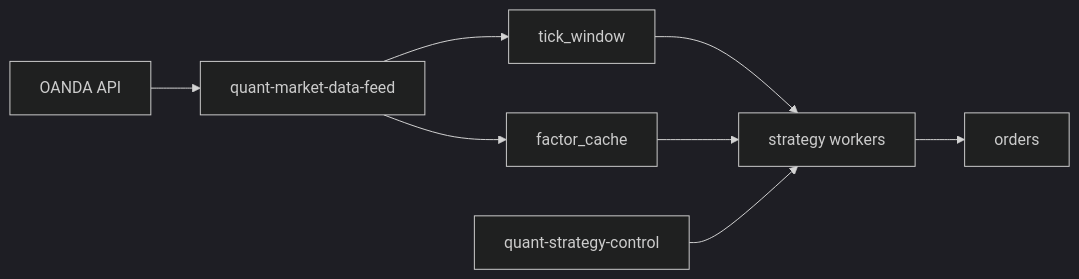
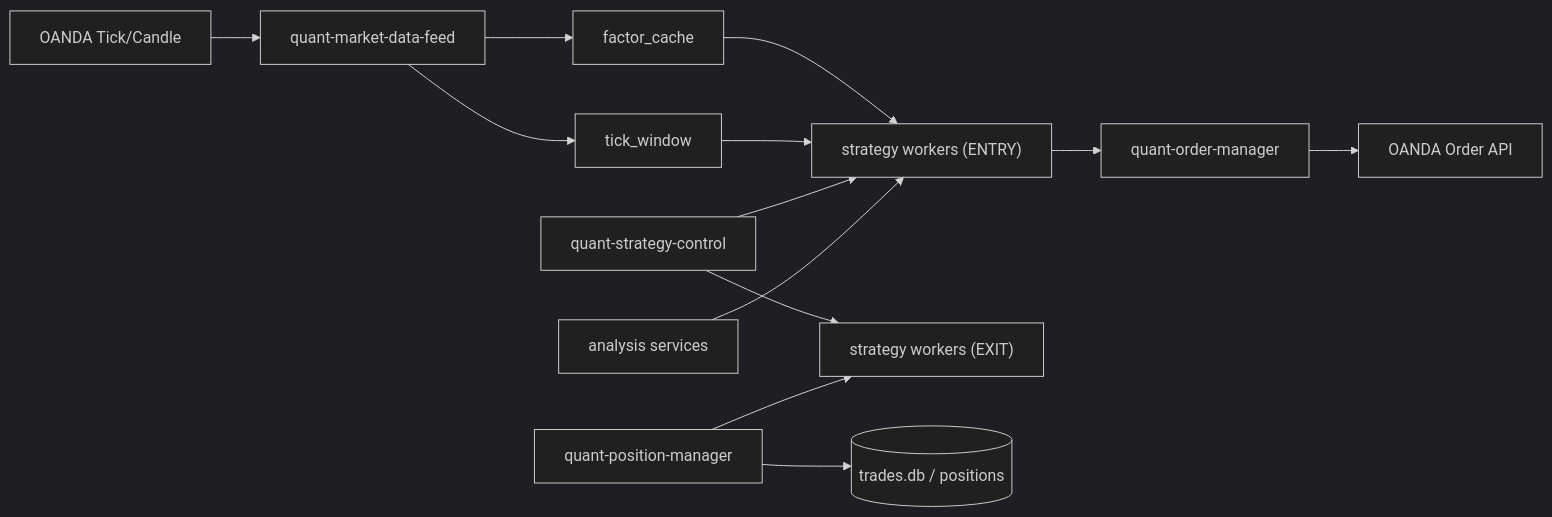
One commit to Tosaaaki/QuantRabbit changed the diagram in AGENTS.md. Above: the diagram before and after it, drawn with Mermaid (dark theme). The commit also changed other lines of this file, not shown here.

````diff
--- a/AGENTS.md
+++ b/AGENTS.md
@@ -78,10 +82,15 @@
 ```mermaid
 flowchart LR
-    A[OANDA API] --> B["quant-market-data-feed"]
-    B --> C["tick_window"]
-    B --> D["factor_cache"]
-    C --> E["strategy workers"]
-    D --> E
-    F["quant-strategy-control"] --> E
-    E --> G["orders"]
+  Tick[OANDA Tick/Candle] --> MF["quant-market-data-feed"]
+  MF --> TW["tick_window"]
+  MF --> FC["factor_cache"]
+  FC --> SW["strategy workers (ENTRY)"]
+  TW --> SW
+  SC["quant-strategy-control"] --> SW
+  SC --> EW["strategy workers (EXIT)"]
+  SW --> OM["quant-order-manager"]
+  OM --> OANDA[OANDA Order API]
+  PM["quant-position-manager"] --> EW
+  PM --> PMDB[(trades.db / positions)]
+  AF["analysis services"] --> SW
 ```
````
